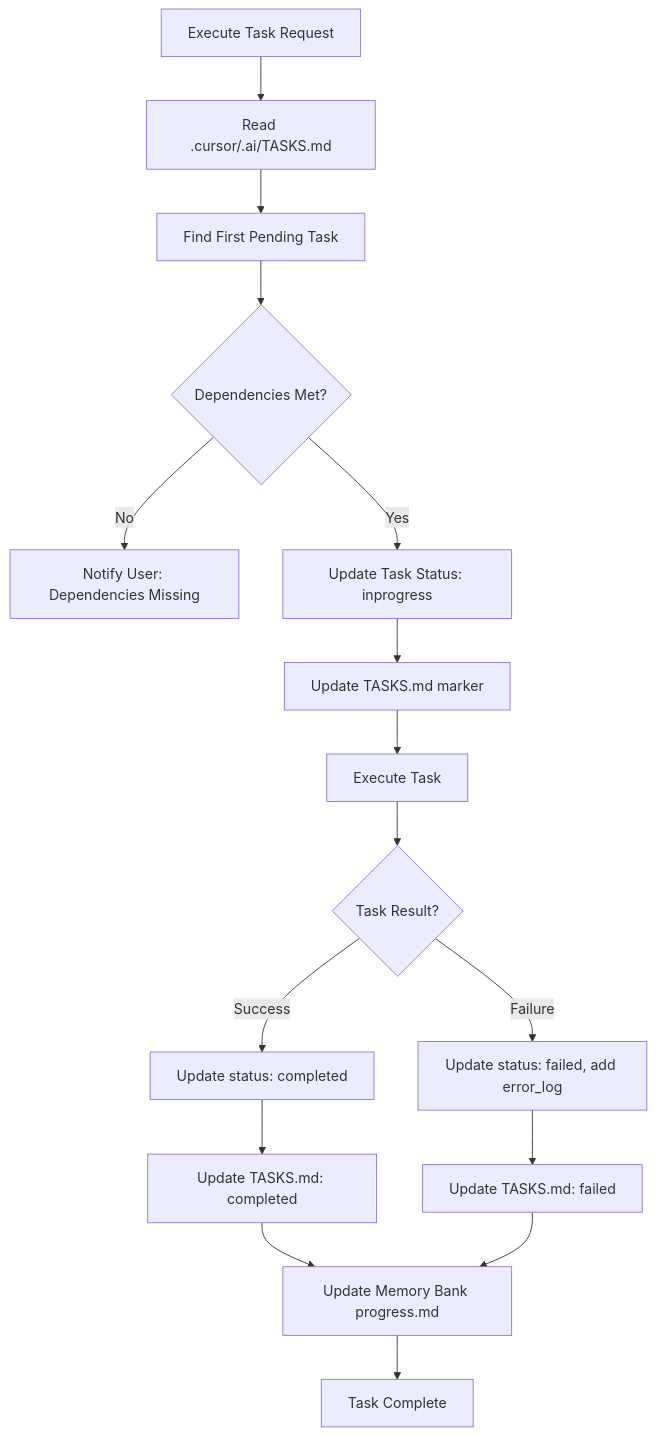
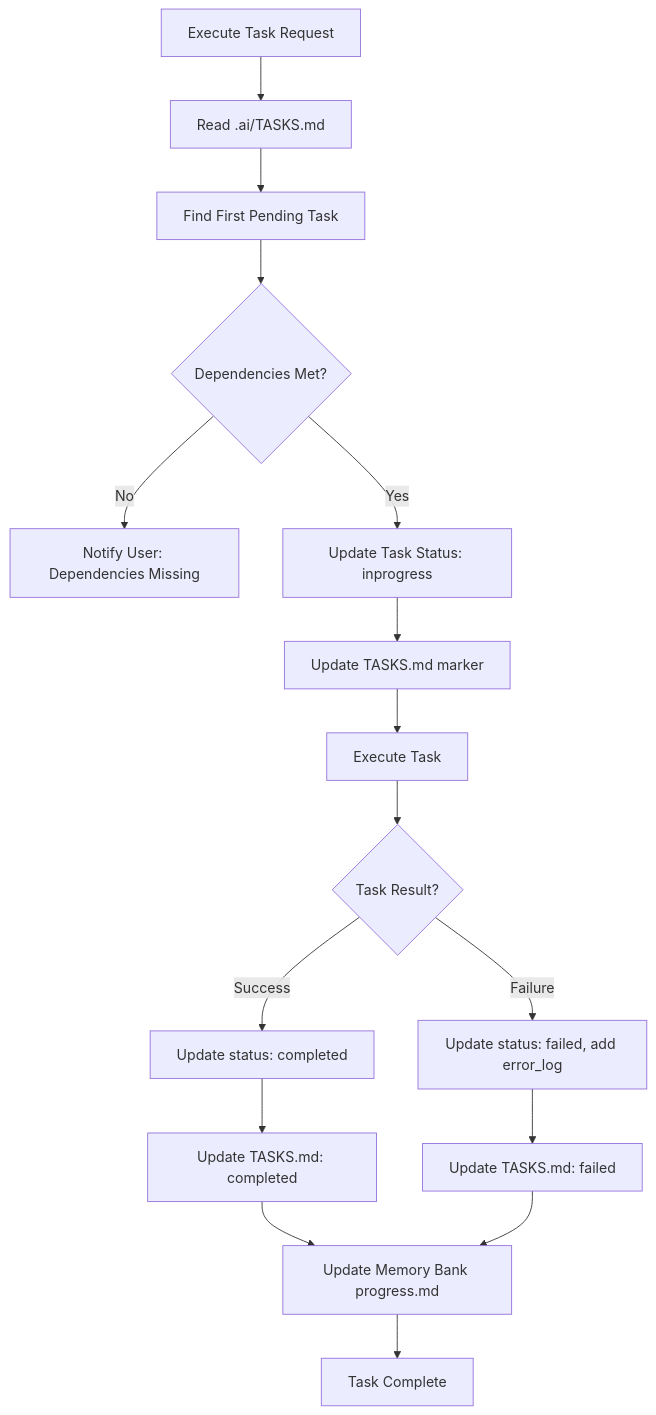
One commit to louisfghbvc/coverity-agent changed the ninth of 18 diagrams in .cursor/rules/unified-workflow.md. Above: the diagram before and after it, drawn with Mermaid. The commit also changed other lines of this file and 5 other files, not shown here.

````diff
--- a/.cursor/rules/unified-workflow.md
+++ b/.cursor/rules/unified-workflow.md
@@ -295,25 +295,25 @@
 ```mermaid
 flowchart TD
-    Execute[Execute Task Request] --> ReadTasks[Read .cursor/.ai/TASKS.md]
+    Execute[Execute Task Request] --> ReadTasks[Read .ai/TASKS.md]
     ReadTasks --> FindTask[Find First Pending Task]
     FindTask --> CheckDeps{Dependencies Met?}
     
     CheckDeps -->|No| NotifyUser[Notify User: Dependencies Missing]
     CheckDeps -->|Yes| UpdateStatus[Update Task Status: inprogress]
     
     UpdateStatus --> UpdateMaster[Update TASKS.md marker]
     UpdateMaster --> ExecuteTask[Execute Task]
     
     ExecuteTask --> Result{Task Result?}
     
     Result -->|Success| Success[Update status: completed]
     Result -->|Failure| Failure[Update status: failed, add error_log]
     
     Success --> UpdateMasterSuccess[Update TASKS.md: completed]
     Failure --> UpdateMasterFailed[Update TASKS.md: failed]
     
     UpdateMasterSuccess --> UpdateProgress[Update Memory Bank progress.md]
     UpdateMasterFailed --> UpdateProgress
     
     UpdateProgress --> Complete[Task Complete]
 ```
````
